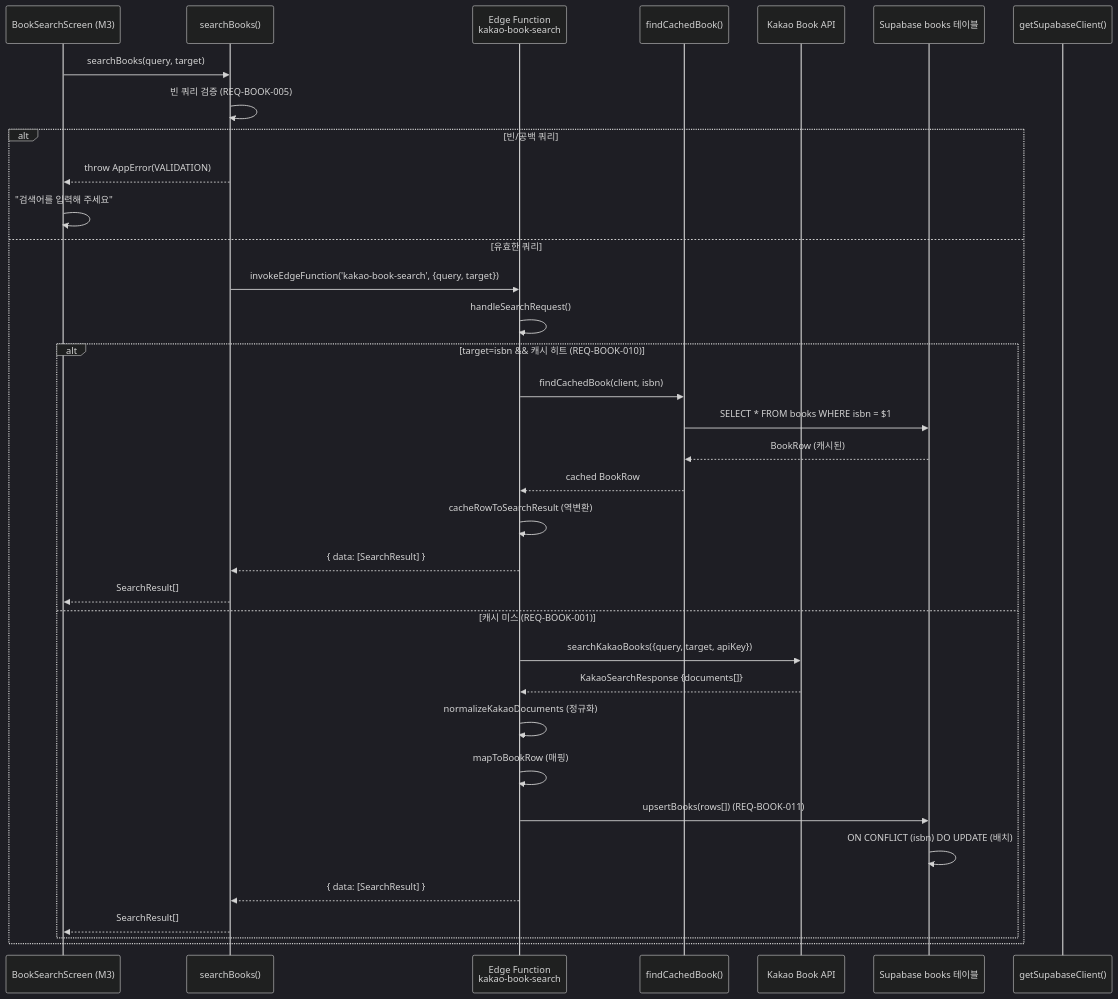
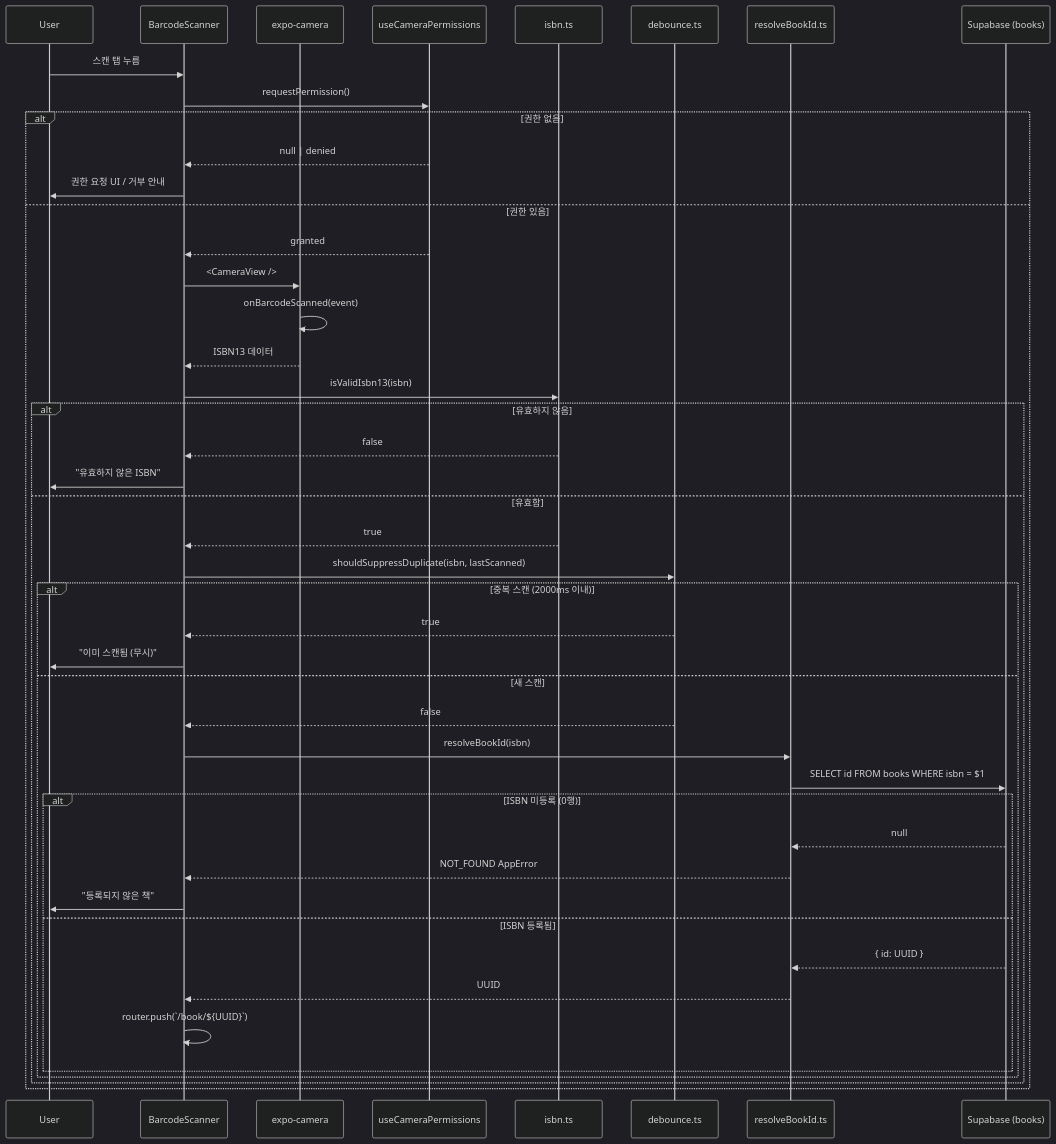
The fourth of 8 diagrams in .moai/project/codemaps/data-flow.md (ip9202/sagak), drawn with Mermaid (dark theme) before and after one commit. The commit also changed other lines of this file and 4 other files, not shown here.

````diff
--- a/.moai/project/codemaps/data-flow.md
+++ b/.moai/project/codemaps/data-flow.md
@@ -450,40 +202,51 @@
 ```mermaid
 sequenceDiagram
-    participant UI as BookSearchScreen (M3)
-    participant Client as searchBooks()
-    participant Edge as Edge Function<br/>kakao-book-search
-    participant Cache as findCachedBook()
-    participant Kakao as Kakao Book API
-    participant DB as Supabase books 테이블
-    participant Supabase as getSupabaseClient()
+    participant User as User
+    participant Screen as BarcodeScanner
+    participant Camera as expo-camera
+    participant Permission as useCameraPermissions
+    participant ISBN as isbn.ts
+    participant Debounce as debounce.ts
+    participant Resolver as resolveBookId.ts
+    participant DB as Supabase (books)
 
-    UI->>Client: searchBooks(query, target)
-    Client->>Client: 빈 쿼리 검증 (REQ-BOOK-005)
-    
-    alt 빈/공백 쿼리
-        Client-->>UI: throw AppError(VALIDATION)
-        UI->>UI: "검색어를 입력해 주세요"
-    else 유효한 쿼리
-        Client->>Edge: invokeEdgeFunction('kakao-book-search', {query, target})
-        Edge->>Edge: handleSearchRequest()
-        
-        alt target=isbn && 캐시 히트 (REQ-BOOK-010)
-            Edge->>Cache: findCachedBook(client, isbn)
-            Cache->>DB: SELECT * FROM books WHERE isbn = $1
-            DB-->>Cache: BookRow (캐시된)
-            Cache-->>Edge: cached BookRow
-            Edge->>Edge: cacheRowToSearchResult (역변환)
-            Edge-->>Client: { data: [SearchResult] }
-            Client-->>UI: SearchResult[]
-        else 캐시 미스 (REQ-BOOK-001)
-            Edge->>Kakao: searchKakaoBooks({query, target, apiKey})
-            Kakao-->>Edge: KakaoSearchResponse {documents[]}
-            Edge->>Edge: normalizeKakaoDocuments (정규화)
-            Edge->>Edge: mapToBookRow (매핑)
-            Edge->>DB: upsertBooks(rows[]) (REQ-BOOK-011)
-            DB->>DB: ON CONFLICT (isbn) DO UPDATE (배치)
-            Edge-->>Client: { data: [SearchResult] }
-            Client-->>UI: SearchResult[]
+    User->>Screen: 스캔 탭 누름
+    Screen->>Permission: requestPermission()
+    alt 권한 없음
+        Permission-->>Screen: null | denied
+        Screen->>User: 권한 요청 UI / 거부 안내
+    else 권한 있음
+        Permission-->>Screen: granted
+        Screen->>Camera: <CameraView />
+        Camera->>Camera: onBarcodeScanned(event)
+        Camera-->>Screen: ISBN13 데이터
+
+        Screen->>ISBN: isValidIsbn13(isbn)
+        alt 유효하지 않음
+            ISBN-->>Screen: false
+            Screen->>User: "유효하지 않은 ISBN"
+        else 유효함
+            ISBN-->>Screen: true
+
+            Screen->>Debounce: shouldSuppressDuplicate(isbn, lastScanned)
+            alt 중복 스캔 (2000ms 이내)
+                Debounce-->>Screen: true
+                Screen->>User: "이미 스캔됨 (무시)"
+            else 새 스캔
+                Debounce-->>Screen: false
+                Screen->>Resolver: resolveBookId(isbn)
+
+                Resolver->>DB: SELECT id FROM books WHERE isbn = $1
+                alt ISBN 미등록 (0행)
+                    DB-->>Resolver: null
+                    Resolver-->>Screen: NOT_FOUND AppError
+                    Screen->>User: "등록되지 않은 책"
+                else ISBN 등록됨
+                    DB-->>Resolver: { id: UUID }
+                    Resolver-->>Screen: UUID
+                    Screen->>Screen: router.push(`/book/${UUID}`)
+                end
+            end
         end
     end
 ```
````
